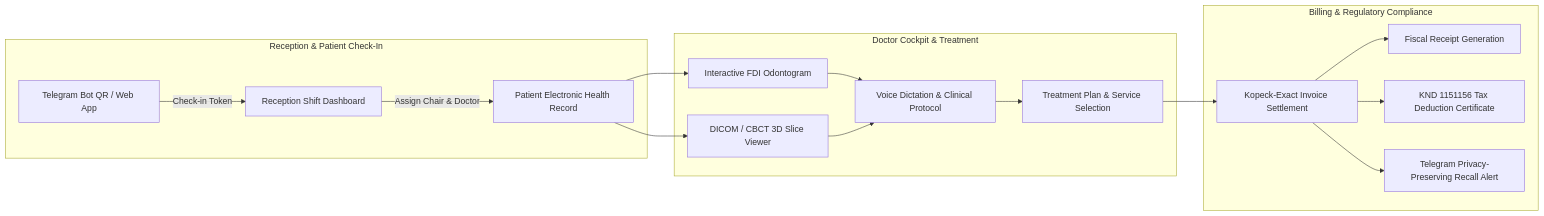
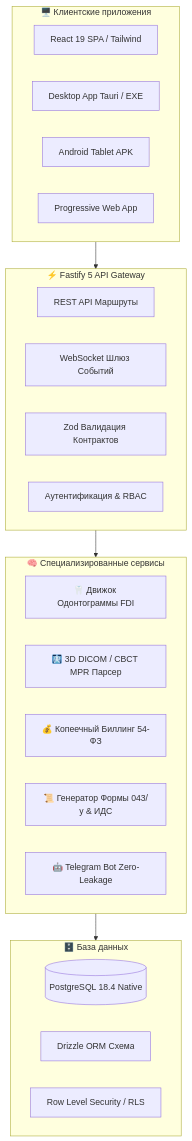
The diagram in README.md (marko1olo/dental-crm), drawn with Mermaid before and after one commit. The commit also changed other lines of this file, not shown here.

Commit message:
docs(showcase): transform README into world-class product showcase with real UI gallery, StomX/IDENT comparison, and zero broken links

````diff
--- a/README.md
+++ b/README.md
@@ -129,21 +129,34 @@
 ```mermaid
-graph LR
-    subgraph Reception & Patient Check-In
-        A[Telegram Bot QR / Web App] -->|Check-in Token| B[Reception Shift Dashboard]
-        B -->|Assign Chair & Doctor| C[Patient Electronic Health Record]
+graph TD
+    subgraph Frontend_Clients ["🖥️ Клиентские приложения"]
+        A[React 19 SPA / Tailwind]
+        B[Desktop App Tauri / EXE]
+        C[Android Tablet APK]
+        D[Progressive Web App]
     end
 
-    subgraph Doctor Cockpit & Treatment
-        C --> D[Interactive FDI Odontogram]
-        C --> E[DICOM / CBCT 3D Slice Viewer]
-        D & E --> F[Voice Dictation & Clinical Protocol]
-        F --> G[Treatment Plan & Service Selection]
+    subgraph API_Gateway ["⚡ Fastify 5 API Gateway"]
+        E[REST API Маршруты]
+        F[WebSocket Шлюз Событий]
+        G[Zod Валидация Контрактов]
+        H[Аутентификация & RBAC]
     end
 
-    subgraph Billing & Regulatory Compliance
-        G --> H[Kopeck-Exact Invoice Settlement]
-        H --> I[Fiscal Receipt Generation]
-        H --> J[KND 1151156 Tax Deduction Certificate]
-        H --> K[Telegram Privacy-Preserving Recall Alert]
+    subgraph Core_Services ["🧠 Специализированные сервисы"]
+        I[🦷 Движок Одонтограммы FDI]
+        J[🩻 3D DICOM / CBCT MPR Парсер]
+        K[💰 Копеечный Биллинг 54-ФЗ]
+        L[📜 Генератор Формы 043/у & ИДС]
+        M[🤖 Telegram Bot Zero-Leakage]
     end
+
+    subgraph Database_Layer ["🗄️ База данных"]
+        N[(PostgreSQL 18.4 Native)]
+        O[Drizzle ORM Схема]
+        P[Row Level Security / RLS]
+    end
+
+    Frontend_Clients --> API_Gateway
+    API_Gateway --> Core_Services
+    Core_Services --> Database_Layer
 ```
````
